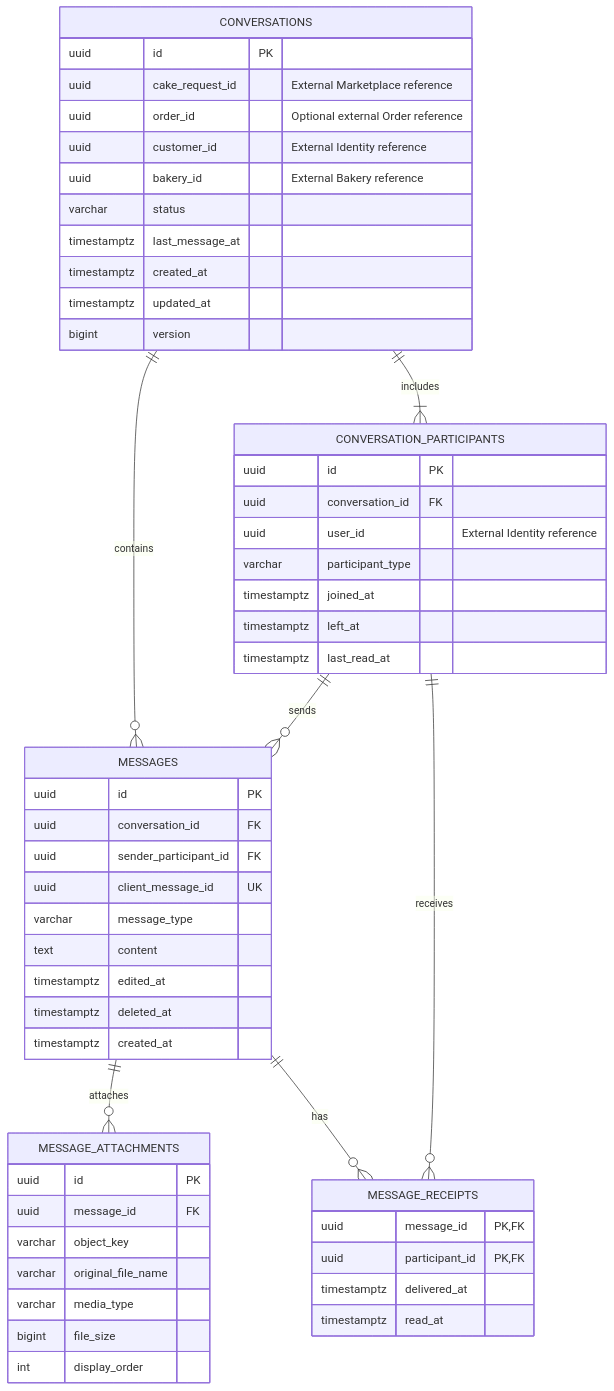
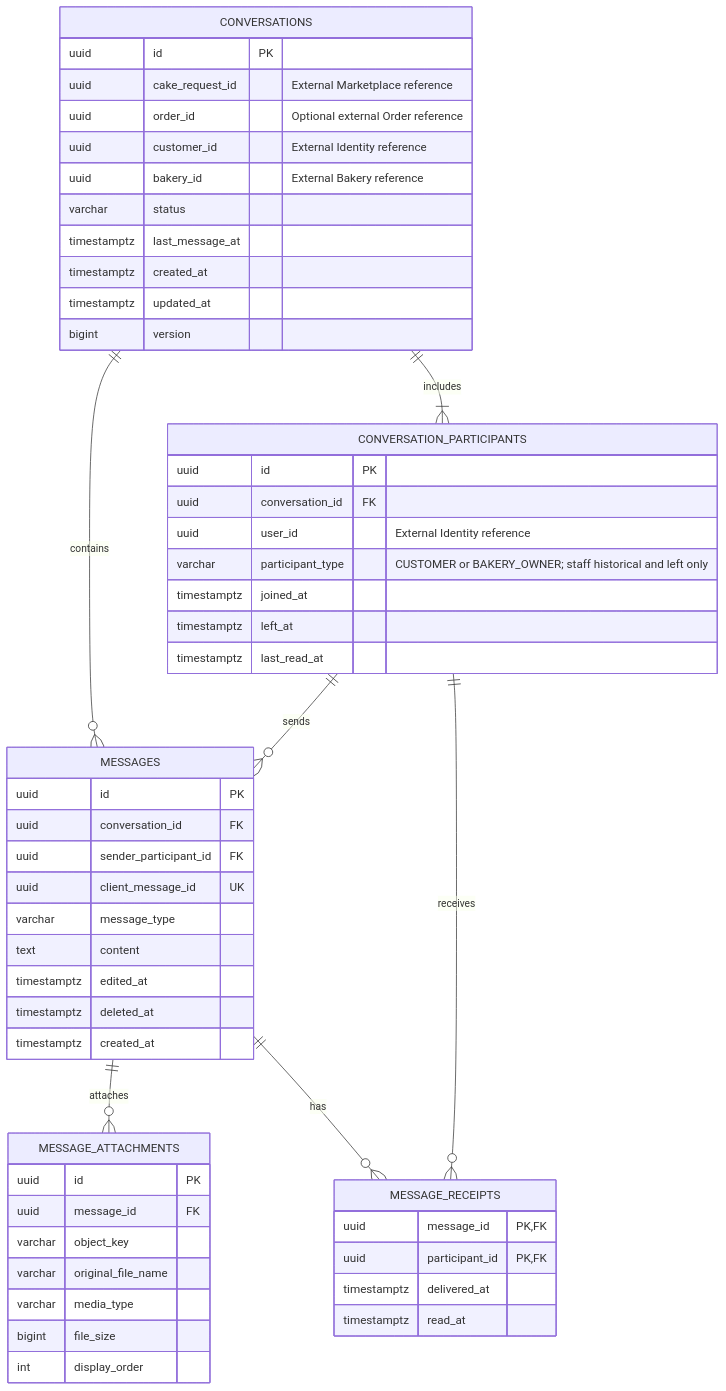
One commit to leminhkhoi-james/Bakery-Platform changed the diagram in docs/erd/05-chat-service-logical.mmd. Above: the diagram before and after it, drawn with Mermaid. The commit also changed 49 other files, not shown here.

Commit message:
Implement owner-only authorization across platform roles, bakery memberships, and service integrations; retire legacy staff/manager roles.

```diff
--- a/docs/erd/05-chat-service-logical.mmd
+++ b/docs/erd/05-chat-service-logical.mmd
@@ -1,59 +1,59 @@
 erDiagram
     CONVERSATIONS {
         uuid id PK
         uuid cake_request_id "External Marketplace reference"
         uuid order_id "Optional external Order reference"
         uuid customer_id "External Identity reference"
         uuid bakery_id "External Bakery reference"
         varchar status
         timestamptz last_message_at
         timestamptz created_at
         timestamptz updated_at
         bigint version
     }
 
     CONVERSATION_PARTICIPANTS {
         uuid id PK
         uuid conversation_id FK
         uuid user_id "External Identity reference"
-        varchar participant_type
+        varchar participant_type "CUSTOMER or BAKERY_OWNER; staff historical and left only"
         timestamptz joined_at
         timestamptz left_at
         timestamptz last_read_at
     }
 
     MESSAGES {
         uuid id PK
         uuid conversation_id FK
         uuid sender_participant_id FK
         uuid client_message_id UK
         varchar message_type
         text content
         timestamptz edited_at
         timestamptz deleted_at
         timestamptz created_at
     }
 
     MESSAGE_ATTACHMENTS {
         uuid id PK
         uuid message_id FK
         varchar object_key
         varchar original_file_name
         varchar media_type
         bigint file_size
         int display_order
     }
 
     MESSAGE_RECEIPTS {
         uuid message_id PK, FK
         uuid participant_id PK, FK
         timestamptz delivered_at
         timestamptz read_at
     }
 
     CONVERSATIONS ||--|{ CONVERSATION_PARTICIPANTS : includes
     CONVERSATIONS ||--o{ MESSAGES : contains
     CONVERSATION_PARTICIPANTS ||--o{ MESSAGES : sends
     MESSAGES ||--o{ MESSAGE_ATTACHMENTS : attaches
     MESSAGES ||--o{ MESSAGE_RECEIPTS : has
     CONVERSATION_PARTICIPANTS ||--o{ MESSAGE_RECEIPTS : receives
```
